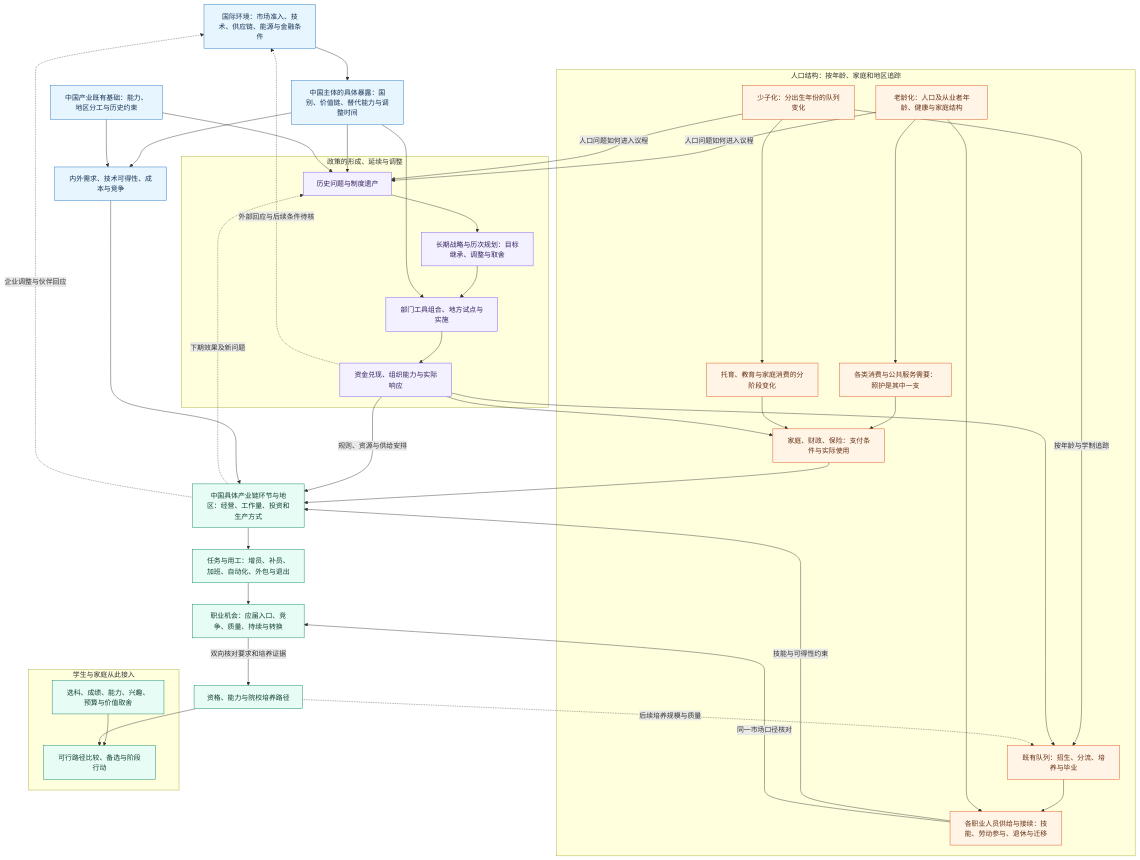
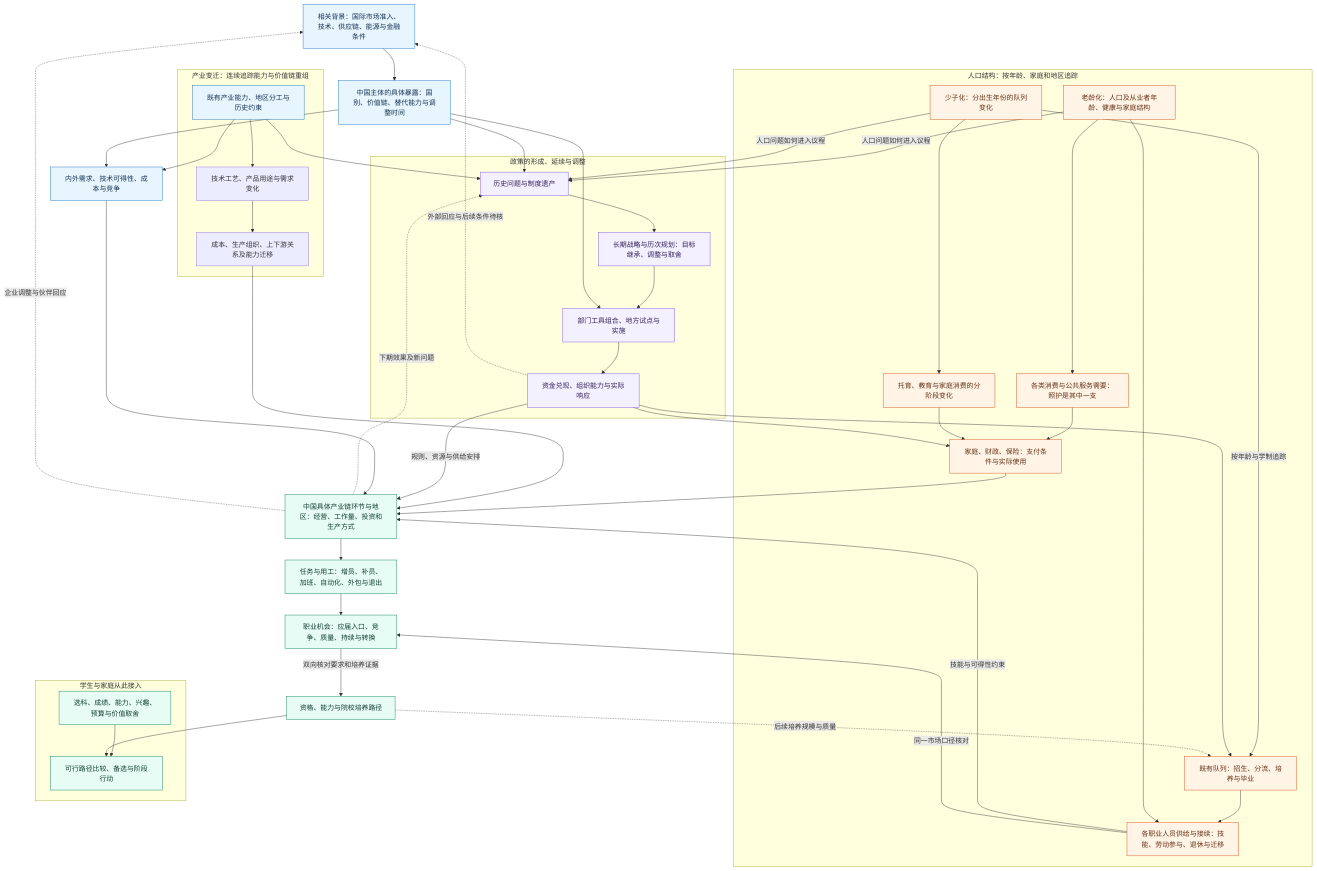
One commit to mythpan1/pathwise-research changed the diagram in docs/research-architecture.md. Above: the diagram before and after it, drawn with Mermaid. The commit also changed other lines of this file and 13 other files, not shown here.

````diff
--- a/docs/research-architecture.md
+++ b/docs/research-architecture.md
@@ -23,59 +33,63 @@
 ```mermaid
 flowchart TB
-    X["国际环境：市场准入、技术、供应链、能源与金融条件"]
+    X["相关背景：国际市场准入、技术、供应链、能源与金融条件"]
     X --> EX["中国主体的具体暴露：国别、价值链、替代能力与调整时间"]
-    B["中国产业既有基础：能力、地区分工与历史约束"]
+    subgraph industry["产业变迁：连续追踪能力与价值链重组"]
+        B["既有产业能力、地区分工与历史约束"] --> I1["技术工艺、产品用途与需求变化"]
+        I1 --> I2["成本、生产组织、上下游关系及能力迁移"]
+    end
 
     subgraph policy["政策的形成、延续与调整"]
         P0["历史问题与制度遗产"] --> P1["长期战略与历次规划：目标继承、调整与取舍"]
         P1 --> P2["部门工具组合、地方试点与实施"]
         P2 --> P3["资金兑现、组织能力与实际响应"]
     end
 
     subgraph population["人口结构：按年龄、家庭和地区追踪"]
         A["老龄化：人口及从业者年龄、健康与家庭结构"] --> N1["各类消费与公共服务需要：照护是其中一支"]
         C["少子化：分出生年份的队列变化"] --> N2["托育、教育与家庭消费的分阶段变化"]
         N1 --> PAY["家庭、财政、保险：支付条件与实际使用"]
         N2 --> PAY
         C -->|按年龄与学制追踪| CO["既有队列：招生、分流、培养与毕业"]
         CO --> S["各职业人员供给与接续：技能、劳动参与、退休与迁移"]
         A --> S
     end
 
     EX --> P0
     EX --> P2
     B --> P0
     A -->|人口问题如何进入议程| P0
     C -->|人口问题如何进入议程| P0
     EX --> MKT["内外需求、技术可得性、成本与竞争"]
     B --> MKT
+    I2 --> E
     P3 -->|规则、资源与供给安排| E["中国具体产业链环节与地区：经营、工作量、投资和生产方式"]
     P3 --> PAY
     P3 --> CO
     MKT --> E
     PAY --> E
     S -->|技能与可得性约束| E
     E --> J["任务与用工：增员、补员、加班、自动化、外包与退出"]
     J --> O["职业机会：应届入口、竞争、质量、持续与转换"]
     S -->|同一市场口径核对| O
     O -->|双向核对要求和培养证据| T["资格、能力与院校培养路径"]
 
     subgraph decision["学生与家庭从此接入"]
         U["选科、成绩、能力、兴趣、预算与价值取舍"] --> F["可行路径比较、备选与阶段行动"]
     end
     T --> F
 
     E -.->|下期效果及新问题| P0
     E -.->|企业调整与伙伴回应| X
     P3 -.->|外部回应与后续条件待核| X
     T -.->|后续培养规模与质量| CO
 
     classDef context fill:#e7f5ff,stroke:#1971c2,color:#16324f;
     classDef pol fill:#f3f0ff,stroke:#7950f2,color:#33205a;
     classDef pop fill:#fff4e6,stroke:#d9480f,color:#653017;
     classDef outcome fill:#e6fcf5,stroke:#087f5b,color:#123d32;
     class X,EX,B,MKT context;
     class P0,P1,P2,P3 pol;
     class A,C,N1,N2,PAY,CO,S pop;
     class E,J,O,T,F,U outcome;
 ```
````
